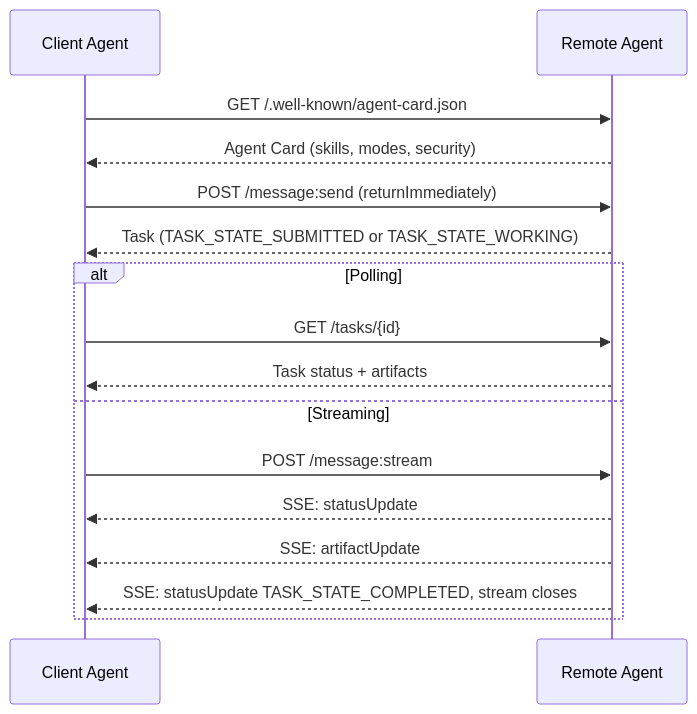
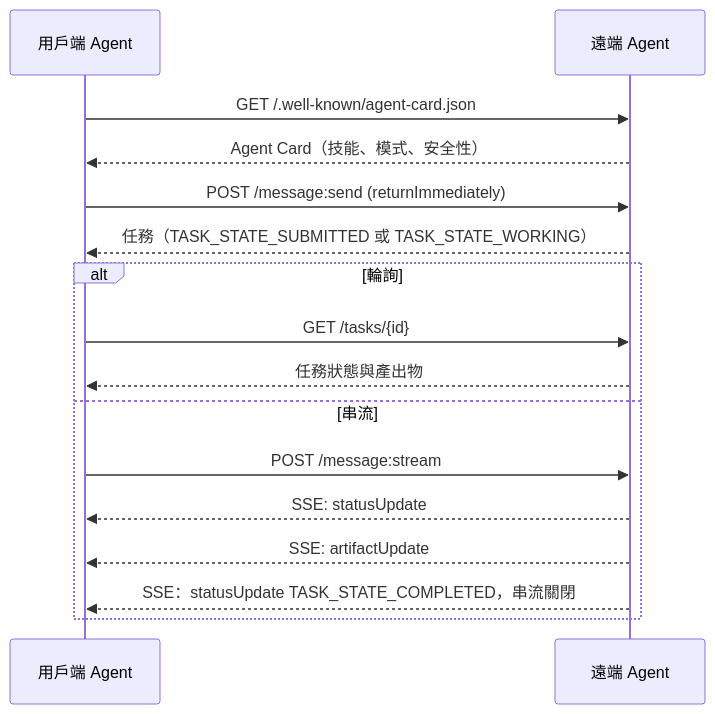
Before and after one commit to edward821220/ai-engineering-from-scratch: the third of 13 diagrams in i18n/zh-TW/phases/16-multi-agent-and-swarms/03-communication-protocols/docs/zh-TW.md, drawn with Mermaid. The commit also changed other lines of this file and 43 other files, not shown here.

````diff
--- a/i18n/zh-TW/phases/16-multi-agent-and-swarms/03-communication-protocols/docs/zh-TW.md
+++ b/i18n/zh-TW/phases/16-multi-agent-and-swarms/03-communication-protocols/docs/zh-TW.md
@@ -77,21 +77,21 @@
 ```mermaid
 sequenceDiagram
-    participant Client as Client Agent
-    participant Remote as Remote Agent
+    participant Client as 用戶端 Agent
+    participant Remote as 遠端 Agent
 
     Client->>Remote: GET /.well-known/agent-card.json
-    Remote-->>Client: Agent Card (skills, modes, security)
+    Remote-->>Client: Agent Card（技能、模式、安全性）
 
     Client->>Remote: POST /message:send (returnImmediately)
-    Remote-->>Client: Task (TASK_STATE_SUBMITTED or TASK_STATE_WORKING)
+    Remote-->>Client: 任務（TASK_STATE_SUBMITTED 或 TASK_STATE_WORKING）
 
-    alt Polling
+    alt 輪詢
         Client->>Remote: GET /tasks/{id}
-        Remote-->>Client: Task status + artifacts
-    else Streaming
+        Remote-->>Client: 任務狀態與產出物
+    else 串流
         Client->>Remote: POST /message:stream
         Remote-->>Client: SSE: statusUpdate
         Remote-->>Client: SSE: artifactUpdate
-        Remote-->>Client: SSE: statusUpdate TASK_STATE_COMPLETED, stream closes
+        Remote-->>Client: SSE：statusUpdate TASK_STATE_COMPLETED，串流關閉
     end
 ```
````
